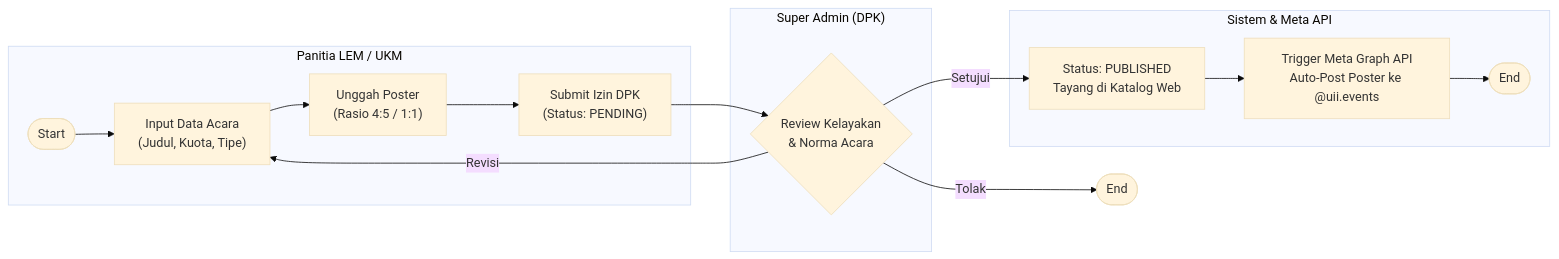
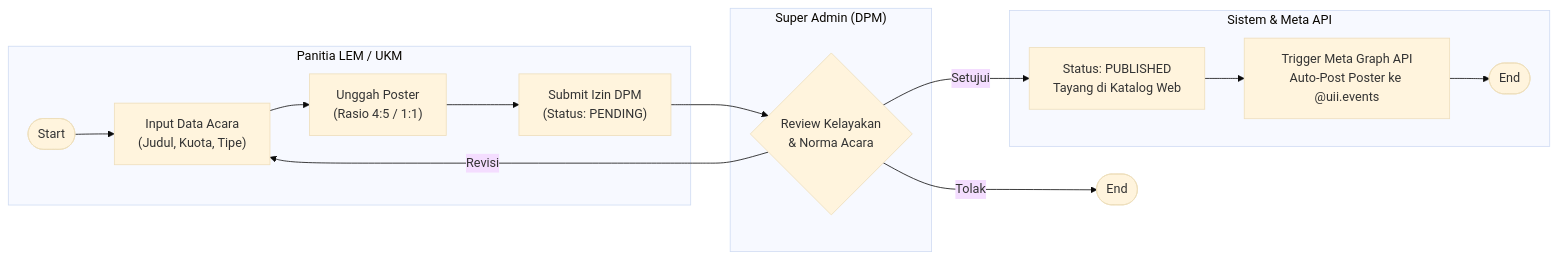
One commit to DanendraF/BE-ManagEvent changed the first of 5 diagrams in docs/01_Master_PRD.md. Above: the diagram before and after it, drawn with Mermaid (base theme). The commit also changed other lines of this file and 10 other files, not shown here.

Commit message:
refactor(core): update stakeholder role from DPK to DPM across code, seeds, and documentation

````diff
--- a/docs/01_Master_PRD.md
+++ b/docs/01_Master_PRD.md
@@ -181,18 +181,18 @@
 ```mermaid
 flowchart LR
   subgraph PANITIA["Panitia LEM / UKM"]
     A([Start]) --> B["Input Data Acara<br/>(Judul, Kuota, Tipe)"]
     B --> C["Unggah Poster<br/>(Rasio 4:5 / 1:1)"]
-    C --> D["Submit Izin DPK<br/>(Status: PENDING)"]
+    C --> D["Submit Izin DPM<br/>(Status: PENDING)"]
   end
-  subgraph ADMIN["Super Admin (DPK)"]
+  subgraph ADMIN["Super Admin (DPM)"]
     E{"Review Kelayakan<br/>& Norma Acara"}
   end
   subgraph SISTEM["Sistem & Meta API"]
     G["Status: PUBLISHED<br/>Tayang di Katalog Web"] --> H["Trigger Meta Graph API<br/>Auto-Post Poster ke @uii.events"] --> I([End])
   end
   D --> E
   E -- Tolak --> F([End])
   E -- Revisi --> B
   E -- Setujui --> G
 ```
````
